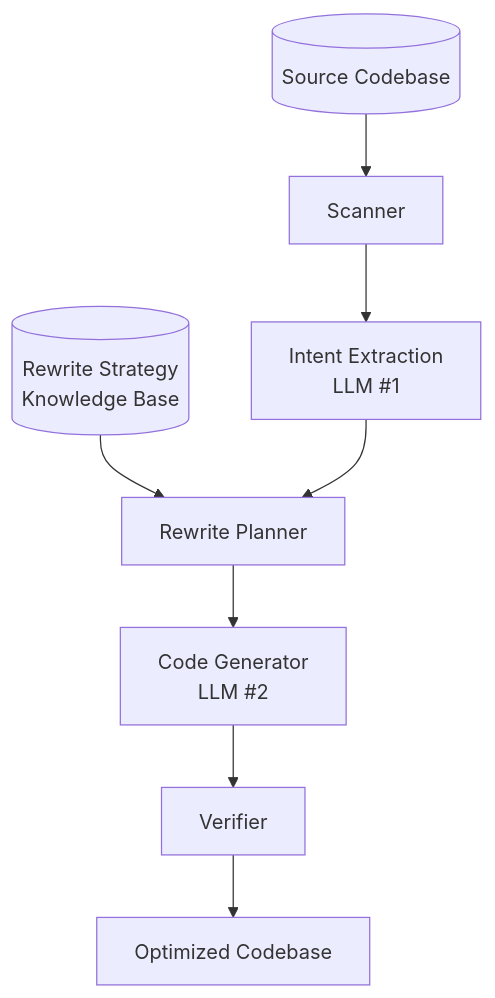
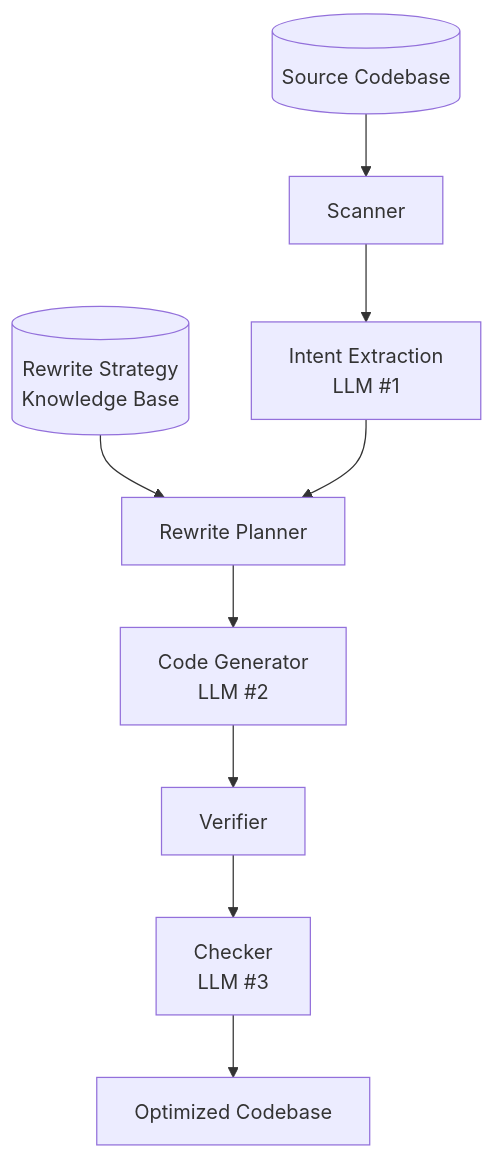
One commit to dannykhant/adco changed the diagram in README.md. Above: the diagram before and after it, drawn with Mermaid. The commit also changed other lines of this file, not shown here.

````diff
--- a/README.md
+++ b/README.md
@@ -7,10 +7,11 @@
 ```mermaid
 flowchart TD
     A[("Source Codebase")] --> B["Scanner"]
     B --> C["Intent Extraction<br/>LLM #1"]
     KB[("Rewrite Strategy<br/>Knowledge Base")] --> D["Rewrite Planner"]
     C --> D
     D --> E["Code Generator<br/>LLM #2"]
     E --> F["Verifier"]
-    F --> G["Optimized Codebase"]
+    F --> G["Checker<br/>LLM #3"]
+    G --> H["Optimized Codebase"]
 ```
````
